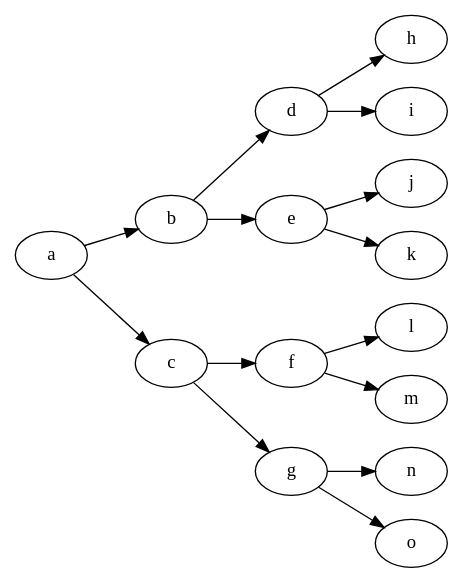
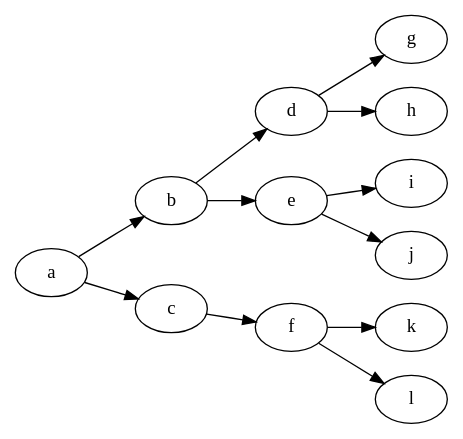
Before and after one commit to 2DGD-F0TH/2DGD_F0TH: the diagram in raw_resources/images/game_design/branching_gameplay.dot, drawn with Graphviz. The commit also changed 2 other files, not shown here.

Commit message:
Made the branching gameplay diagram smaller

```diff
--- a/raw_resources/images/game_design/branching_gameplay.dot
+++ b/raw_resources/images/game_design/branching_gameplay.dot
@@ -1,22 +1,19 @@
 //
 // branching_gameplay.dot
 //
 // Created on 04-12-2020 by penaz
 //
 digraph branching_gameplay {
     rankdir="LR";
     a -> b;
     a -> c;
     b -> d;
     b -> e;
     c -> f;
-    c -> g;
+    d -> g;
     d -> h;
-    d -> i;
+    e -> i;
     e -> j;
-    e -> k;
+    f -> k;
     f -> l;
-    f -> m;
-    g -> n;
-    g -> o;
 }
```
